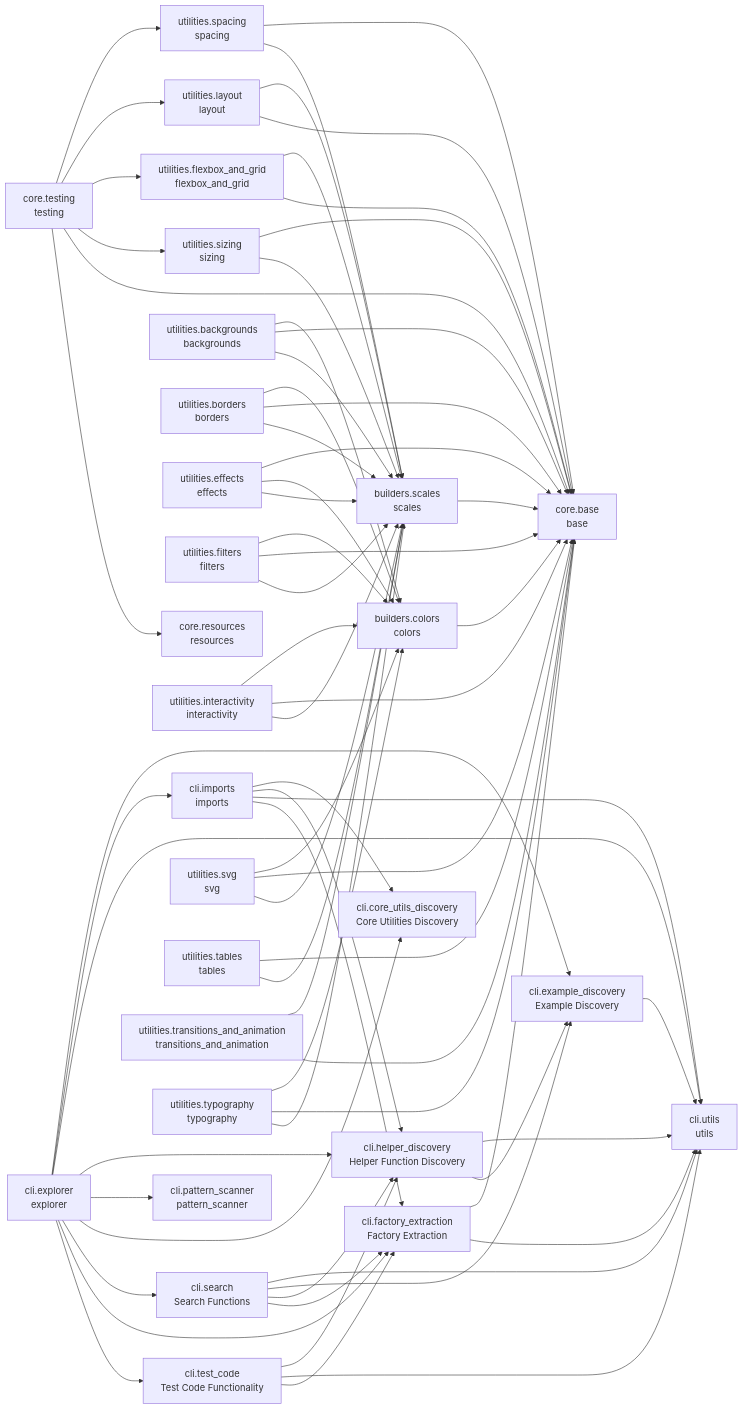
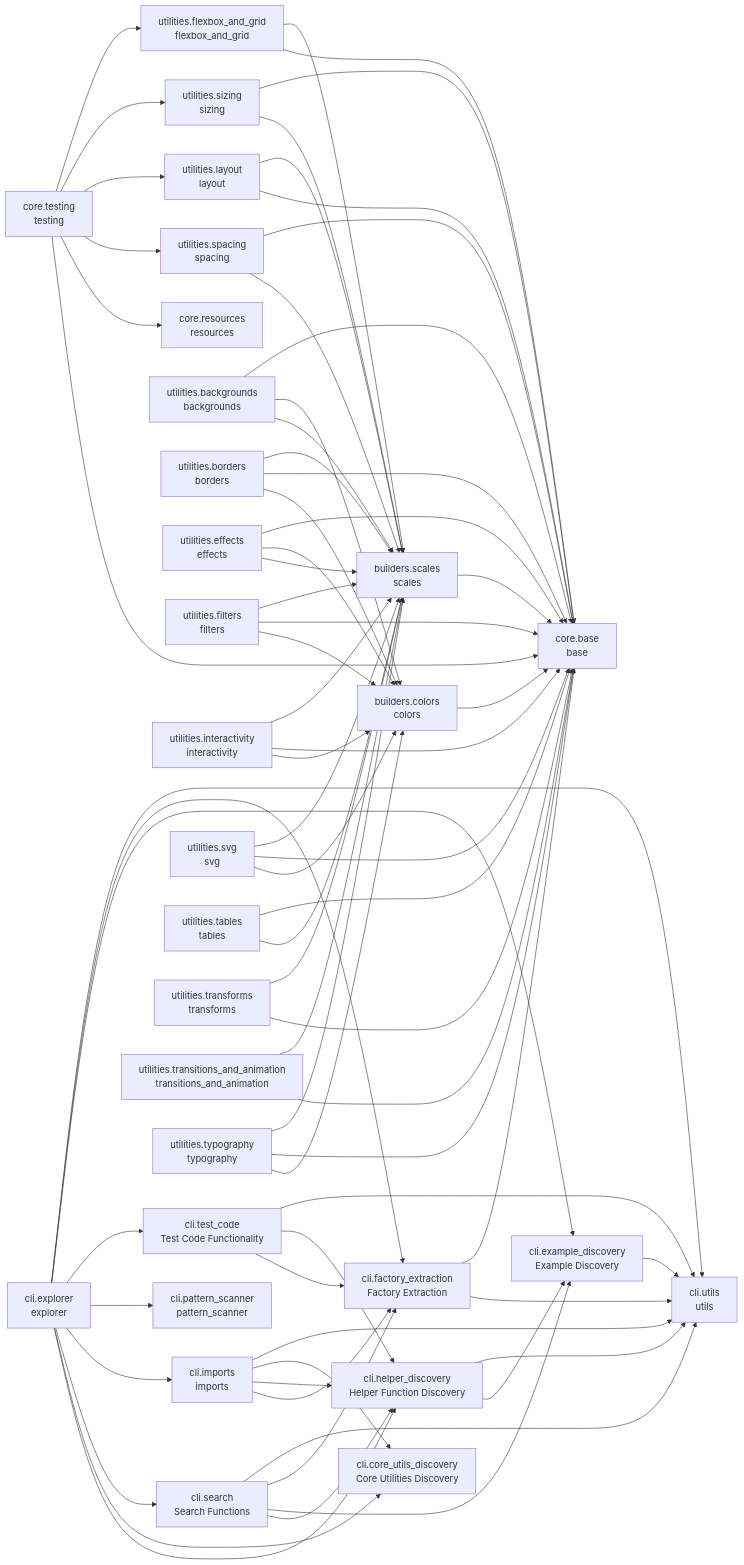
One commit to cj-mills/cjm-fasthtml-tailwind changed the diagram in README.md. Above: the diagram before and after it, drawn with Mermaid. The commit also changed other lines of this file and 5 other files, not shown here.

Commit message:
Implement transforms utilities.

````diff
--- a/README.md
+++ b/README.md
@@ -77,73 +78,76 @@
     utilities_spacing[utilities.spacing<br/>spacing]
     utilities_svg[utilities.svg<br/>svg]
     utilities_tables[utilities.tables<br/>tables]
+    utilities_transforms[utilities.transforms<br/>transforms]
     utilities_transitions_and_animation[utilities.transitions_and_animation<br/>transitions_and_animation]
     utilities_typography[utilities.typography<br/>typography]
 
     builders_colors --> core_base
     builders_scales --> core_base
     cli_example_discovery --> cli_utils
+    cli_explorer --> cli_utils
+    cli_explorer --> cli_factory_extraction
     cli_explorer --> cli_example_discovery
+    cli_explorer --> cli_test_code
+    cli_explorer --> cli_pattern_scanner
     cli_explorer --> cli_imports
-    cli_explorer --> cli_utils
+    cli_explorer --> cli_search
+    cli_explorer --> cli_core_utils_discovery
     cli_explorer --> cli_helper_discovery
-    cli_explorer --> cli_pattern_scanner
-    cli_explorer --> cli_core_utils_discovery
-    cli_explorer --> cli_search
-    cli_explorer --> cli_factory_extraction
-    cli_explorer --> cli_test_code
     cli_factory_extraction --> core_base
     cli_factory_extraction --> cli_utils
     cli_helper_discovery --> cli_utils
     cli_helper_discovery --> cli_example_discovery
+    cli_imports --> cli_utils
     cli_imports --> cli_core_utils_discovery
     cli_imports --> cli_helper_discovery
-    cli_imports --> cli_utils
     cli_imports --> cli_factory_extraction
     cli_search --> cli_utils
+    cli_search --> cli_factory_extraction
     cli_search --> cli_example_discovery
     cli_search --> cli_helper_discovery
-    cli_search --> cli_factory_extraction
+    cli_test_code --> cli_utils
     cli_test_code --> cli_helper_discovery
-    cli_test_code --> cli_utils
     cli_test_code --> cli_factory_extraction
-    core_testing --> utilities_spacing
-    core_testing --> utilities_layout
     core_testing --> utilities_flexbox_and_grid
     core_testing --> utilities_sizing
+    core_testing --> utilities_layout
+    core_testing --> utilities_spacing
+    core_testing --> core_resources
     core_testing --> core_base
-    core_testing --> core_resources
+    utilities_backgrounds --> core_base
     utilities_backgrounds --> builders_colors
-    utilities_backgrounds --> core_base
     utilities_backgrounds --> builders_scales
+    utilities_borders --> builders_scales
+    utilities_borders --> core_base
     utilities_borders --> builders_colors
-    utilities_borders --> core_base
-    utilities_borders --> builders_scales
     utilities_effects --> core_base
     utilities_effects --> builders_colors
     utilities_effects --> builders_scales
+    utilities_filters --> builders_scales
+    utilities_filters --> core_base
     utilities_filters --> builders_colors
-    utilities_filters --> core_base
-    utilities_filters --> builders_scales
     utilities_flexbox_and_grid --> builders_scales
     utilities_flexbox_and_grid --> core_base
+    utilities_interactivity --> builders_scales
+    utilities_interactivity --> core_base
     utilities_interactivity --> builders_colors
-    utilities_interactivity --> core_base
-    utilities_interactivity --> builders_scales
     utilities_layout --> builders_scales
     utilities_layout --> core_base
     utilities_sizing --> core_base
     utilities_sizing --> builders_scales
     utilities_spacing --> core_base
     utilities_spacing --> builders_scales
+    utilities_svg --> builders_scales
+    utilities_svg --> core_base
     utilities_svg --> builders_colors
-    utilities_svg --> core_base
-    utilities_svg --> builders_scales
     utilities_tables --> core_base
     utilities_tables --> builders_scales
+    utilities_transforms --> builders_scales
+    utilities_transforms --> core_base
     utilities_transitions_and_animation --> builders_scales
     utilities_transitions_and_animation --> core_base
+    utilities_typography --> builders_scales
+    utilities_typography --> core_base
     utilities_typography --> builders_colors
-    utilities_typography --> core_base
-    utilities_typography --> builders_scales
 ```
````
